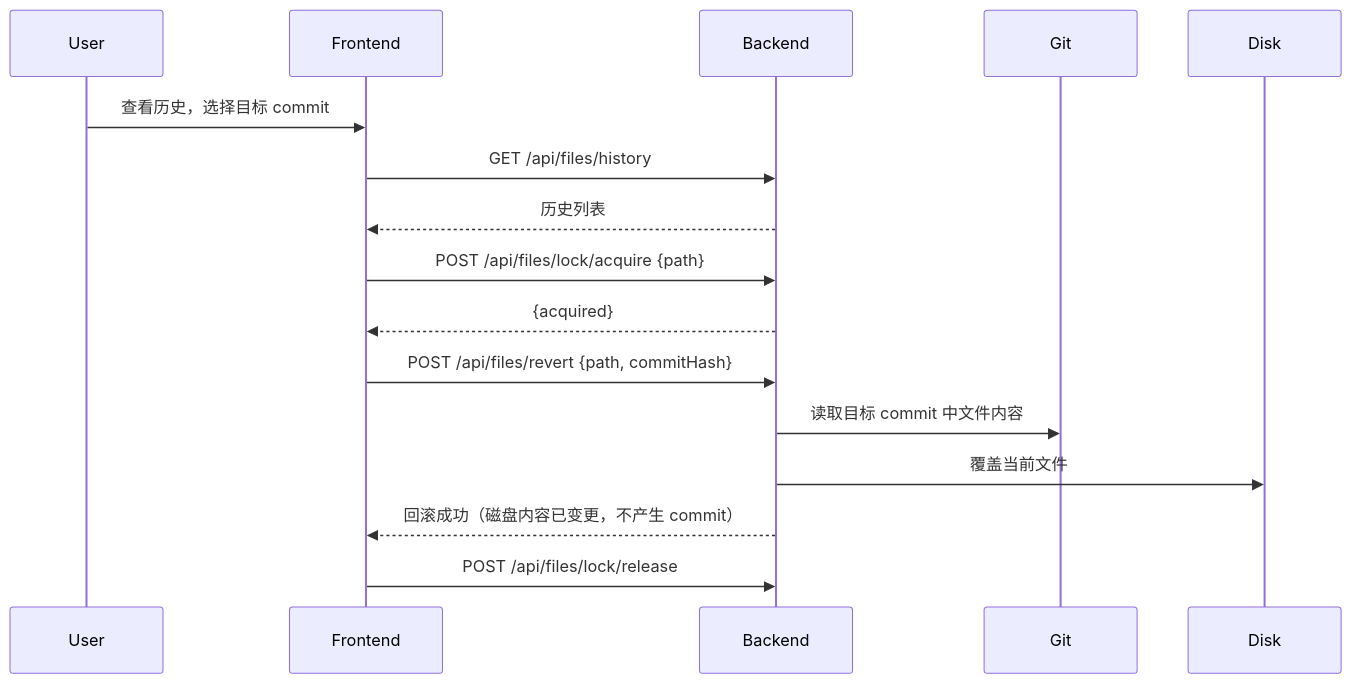
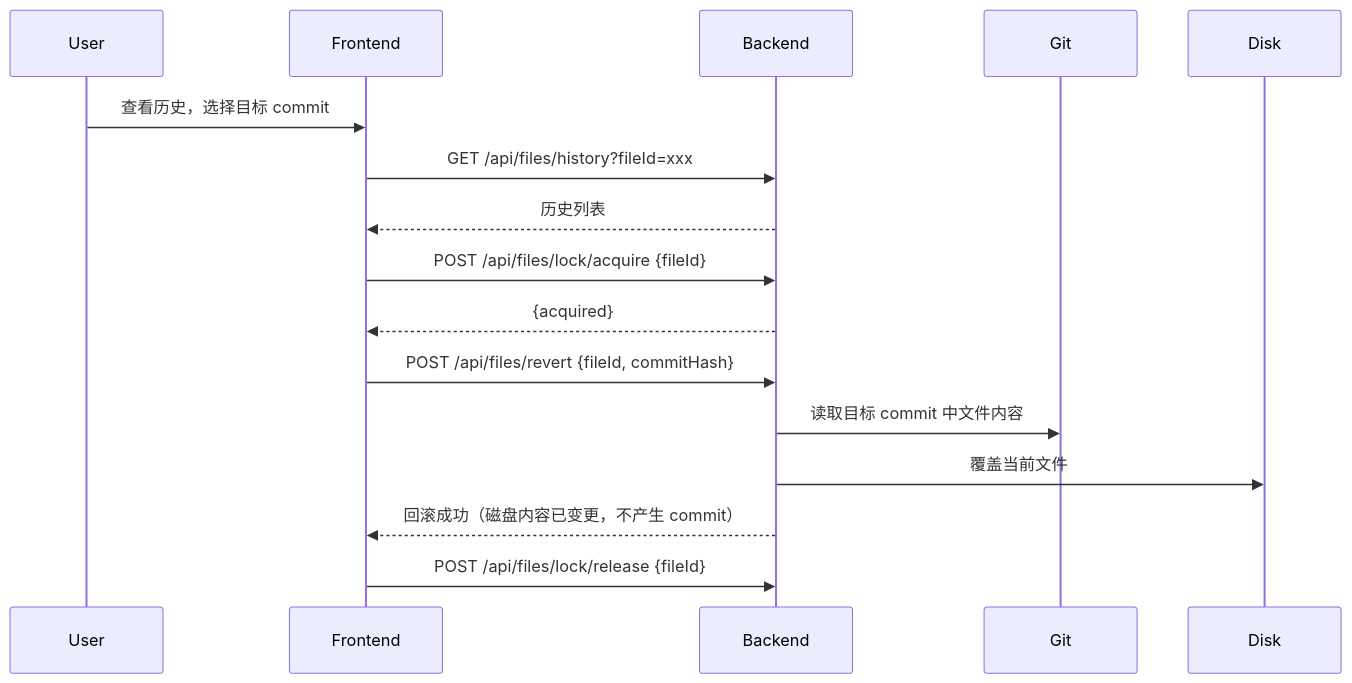
The sixth of 8 diagrams in docs/backend/file-system-spec.md (tonyabasy/lanting-stream-ce), drawn with Mermaid before and after one commit. The commit also changed other lines of this file and 34 other files, not shown here.

````diff
--- a/docs/backend/file-system-spec.md
+++ b/docs/backend/file-system-spec.md
@@ -305,19 +310,19 @@
 ```mermaid
 sequenceDiagram
     participant U as User
     participant F as Frontend
     participant B as Backend
     participant G as Git
     participant D as Disk
 
     U->>F: 查看历史，选择目标 commit
-    F->>B: GET /api/files/history
+    F->>B: GET /api/files/history?fileId=xxx
     B-->>F: 历史列表
-    F->>B: POST /api/files/lock/acquire {path}
+    F->>B: POST /api/files/lock/acquire {fileId}
     B-->>F: {acquired}
-    F->>B: POST /api/files/revert {path, commitHash}
+    F->>B: POST /api/files/revert {fileId, commitHash}
     B->>G: 读取目标 commit 中文件内容
     B->>D: 覆盖当前文件
     B-->>F: 回滚成功（磁盘内容已变更，不产生 commit）
-    F->>B: POST /api/files/lock/release
+    F->>B: POST /api/files/lock/release {fileId}
 ```
````
